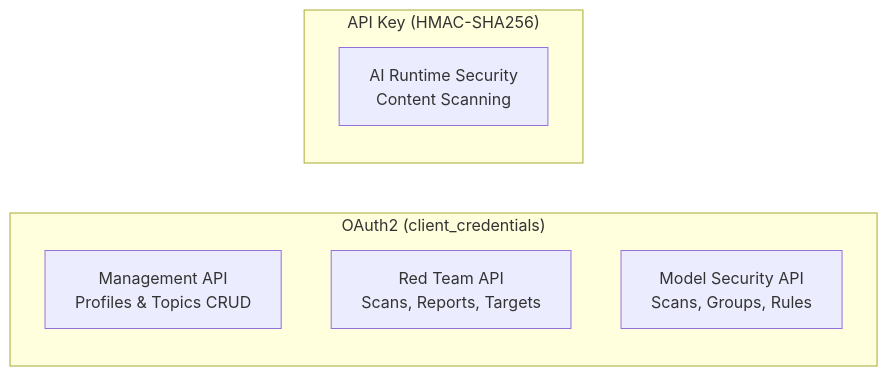
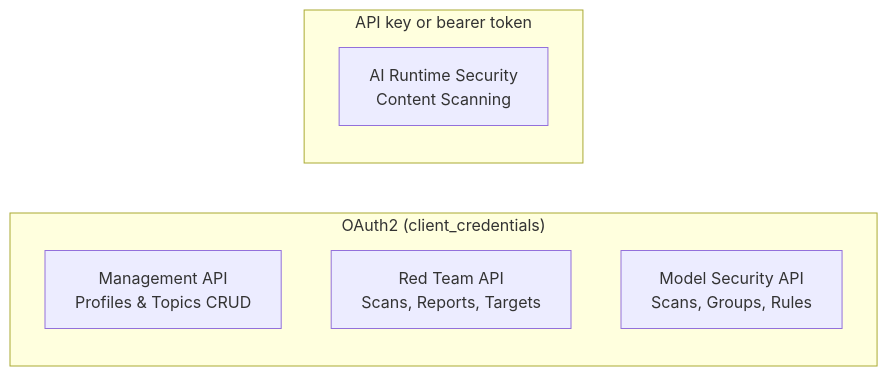
The diagram in docs-site/docs/getting-started/quick-start.mdx (cdot65/prisma-airs-sdk), drawn with Mermaid before and after one commit. The commit also changed other lines of this file and 11 other files, not shown here.

````diff
--- a/docs-site/docs/getting-started/quick-start.mdx
+++ b/docs-site/docs/getting-started/quick-start.mdx
@@ -17,11 +17,11 @@
 ```mermaid
 graph LR
     subgraph "OAuth2 (client_credentials)"
         MGMT[Management API<br/>Profiles & Topics CRUD]
         RT[Red Team API<br/>Scans, Reports, Targets]
         MS[Model Security API<br/>Scans, Groups, Rules]
     end
-    subgraph "API Key (HMAC-SHA256)"
+    subgraph "API key or bearer token"
         SCAN[AI Runtime Security<br/>Content Scanning]
     end
 ```
````
